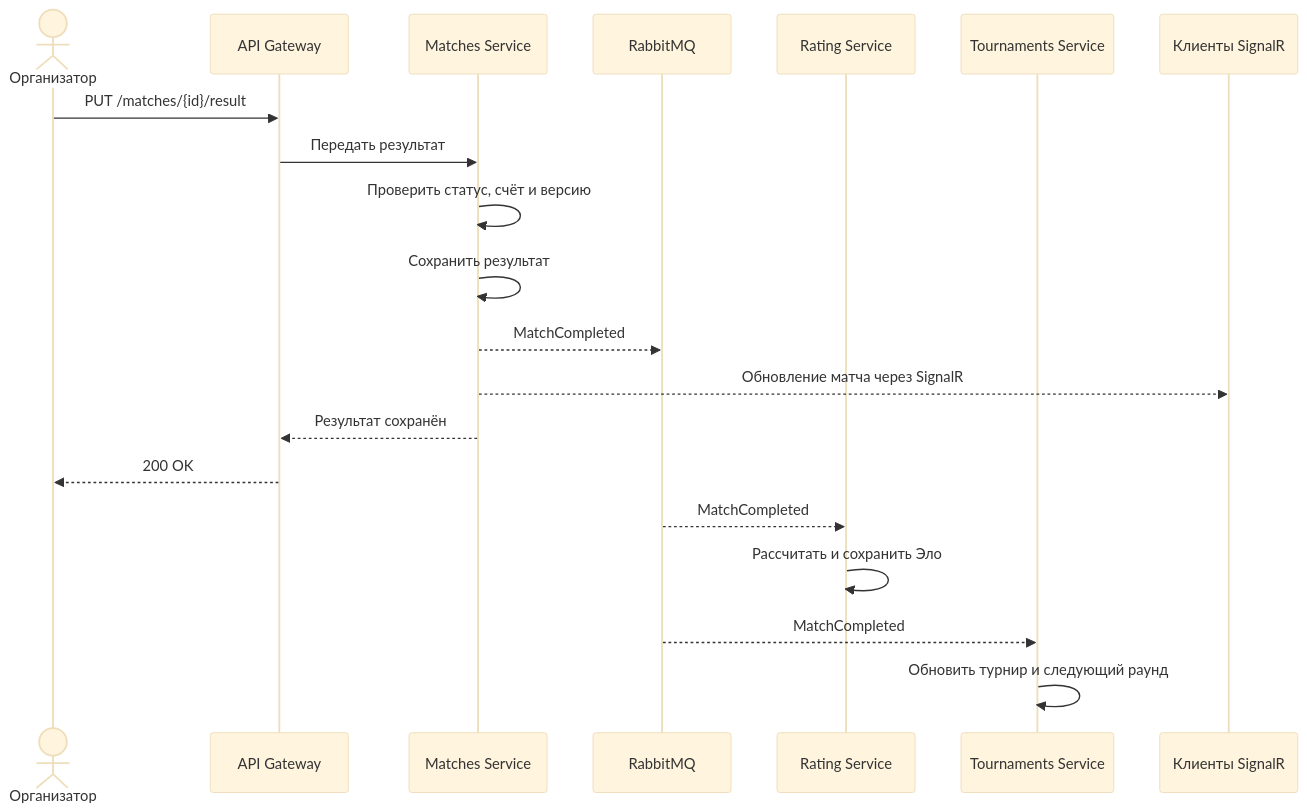
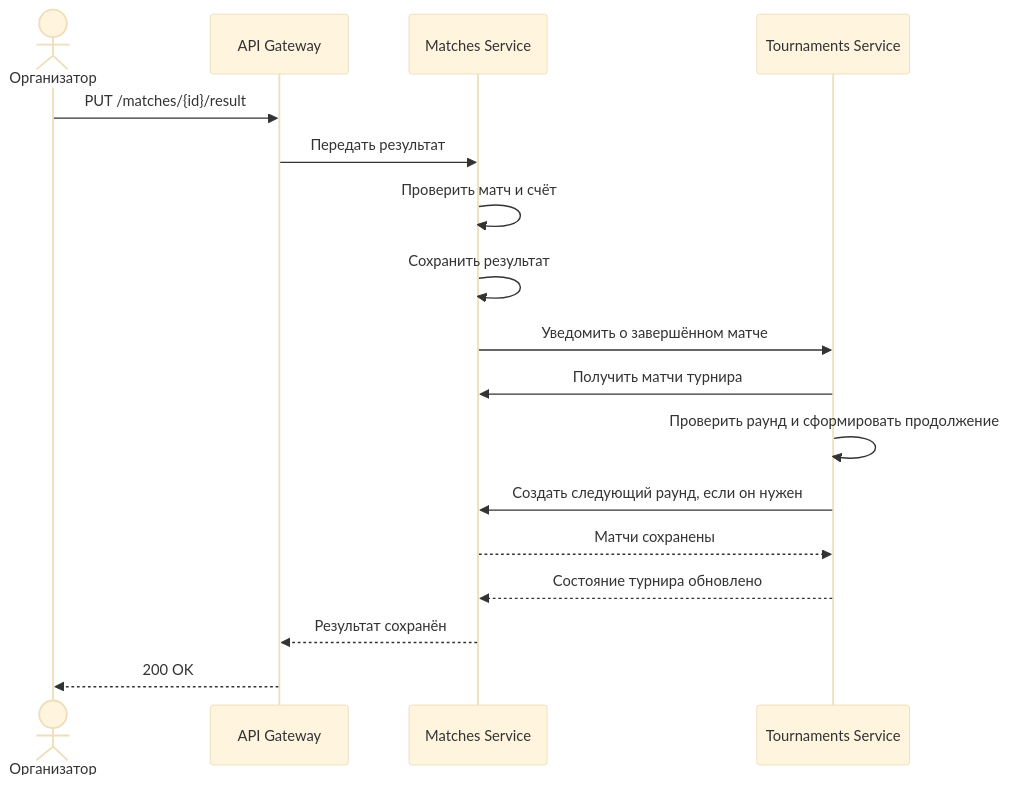
Before and after one commit to Neyvk/TournamentPlatform: the third of 3 diagrams in docs/ARCHITECTURE.md, drawn with Mermaid (base theme). The commit also changed other lines of this file and 9 other files, not shown here.

````diff
--- a/docs/ARCHITECTURE.md
+++ b/docs/ARCHITECTURE.md
@@ -242,23 +241,20 @@
 ```mermaid
 sequenceDiagram
     actor Organizer as Организатор
     participant Gateway as API Gateway
     participant Matches as Matches Service
-    participant Broker as RabbitMQ
-    participant Rating as Rating Service
     participant Tournaments as Tournaments Service
-    participant Client as Клиенты SignalR
 
     Organizer->>Gateway: PUT /matches/{id}/result
     Gateway->>Matches: Передать результат
-    Matches->>Matches: Проверить статус, счёт и версию
+    Matches->>Matches: Проверить матч и счёт
     Matches->>Matches: Сохранить результат
-    Matches-->>Broker: MatchCompleted
-    Matches-->>Client: Обновление матча через SignalR
+    Matches->>Tournaments: Уведомить о завершённом матче
+    Tournaments->>Matches: Получить матчи турнира
+    Tournaments->>Tournaments: Проверить раунд и сформировать продолжение
+    Tournaments->>Matches: Создать следующий раунд, если он нужен
+    Matches-->>Tournaments: Матчи сохранены
+    Tournaments-->>Matches: Состояние турнира обновлено
     Matches-->>Gateway: Результат сохранён
     Gateway-->>Organizer: 200 OK
-    Broker-->>Rating: MatchCompleted
-    Rating->>Rating: Рассчитать и сохранить Эло
-    Broker-->>Tournaments: MatchCompleted
-    Tournaments->>Tournaments: Обновить турнир и следующий раунд
 ```
````
